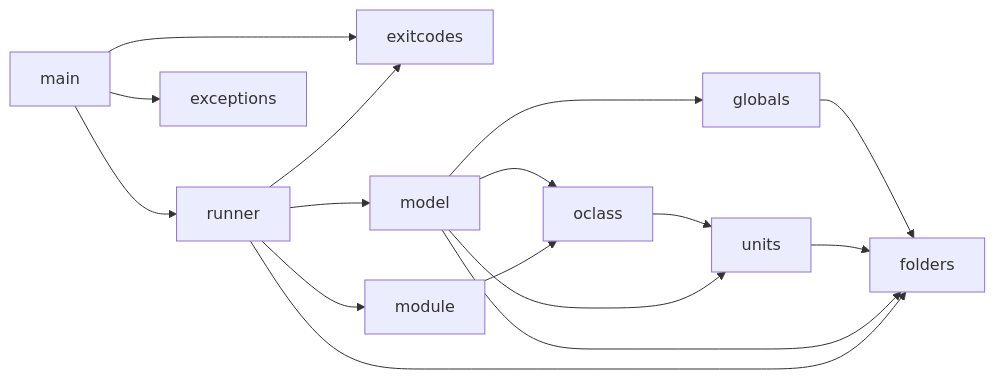
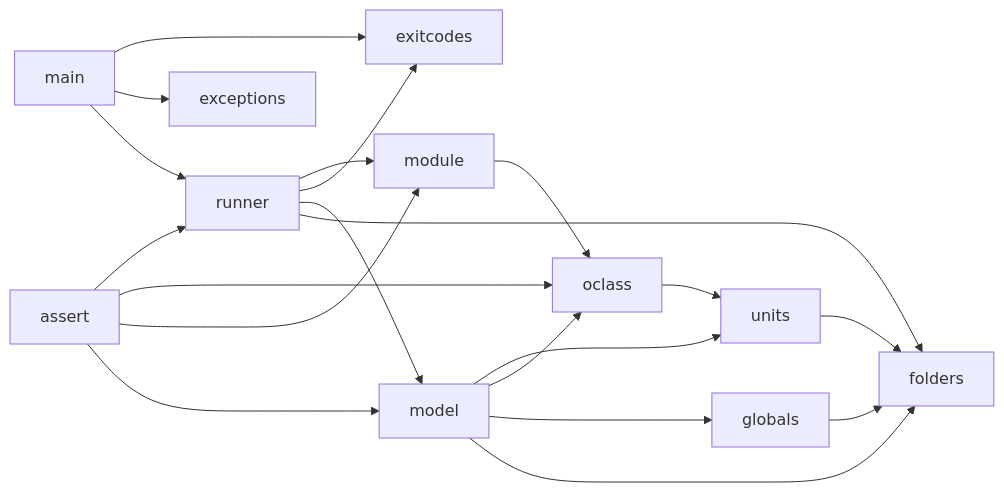
Before and after one commit to arras-energy/arras: the diagram in DESIGN.md, drawn with Mermaid. The commit also changed other lines of this file and 45 other files, not shown here.

First line of the commit message:
Add the gridlabd assert module as a Python package (src/assert) (#50)

````diff
--- a/DESIGN.md
+++ b/DESIGN.md
@@ -209,18 +243,22 @@
 ```mermaid
 flowchart LR
   main --> runner
   main --> exceptions
   main --> exitcodes
   globals --> folders
   units --> folders
   model --> folders
   runner --> folders
   runner --> model
   runner --> exitcodes
   runner --> module
   oclass --> units
   model --> globals
   model --> oclass
   model --> units
   module --> oclass
+  assert --> model
+  assert --> module
+  assert --> oclass
+  assert --> runner
 ```
````
